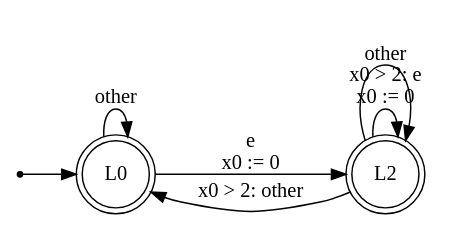
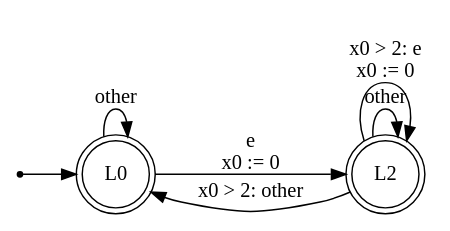
Before and after one commit to efares1/rocq-tba-optimization-uppaal-export: the diagram in evaluation/out/F3.dot, drawn with Graphviz. The commit also changed other lines of this file and 268 other files, not shown here.

```diff
--- a/evaluation/out/F3.dot
+++ b/evaluation/out/F3.dot
@@ -1,13 +1,13 @@
 digraph TA {
   rankdir=LR;
   node [shape=circle];
   init [shape=point];
   init -> L0;
   L0 [shape=doublecircle, label="L0"];
   L2 [shape=doublecircle, label="L2"];
   L0 -> L0 [label="other"];
   L0 -> L2 [label="e\nx0 := 0"];
   L2 -> L0 [label="x0 > 2: other"];
+  L2 -> L2 [label="other"];
   L2 -> L2 [label="x0 > 2: e\nx0 := 0"];
-  L2 -> L2 [label="other"];
 }
```
